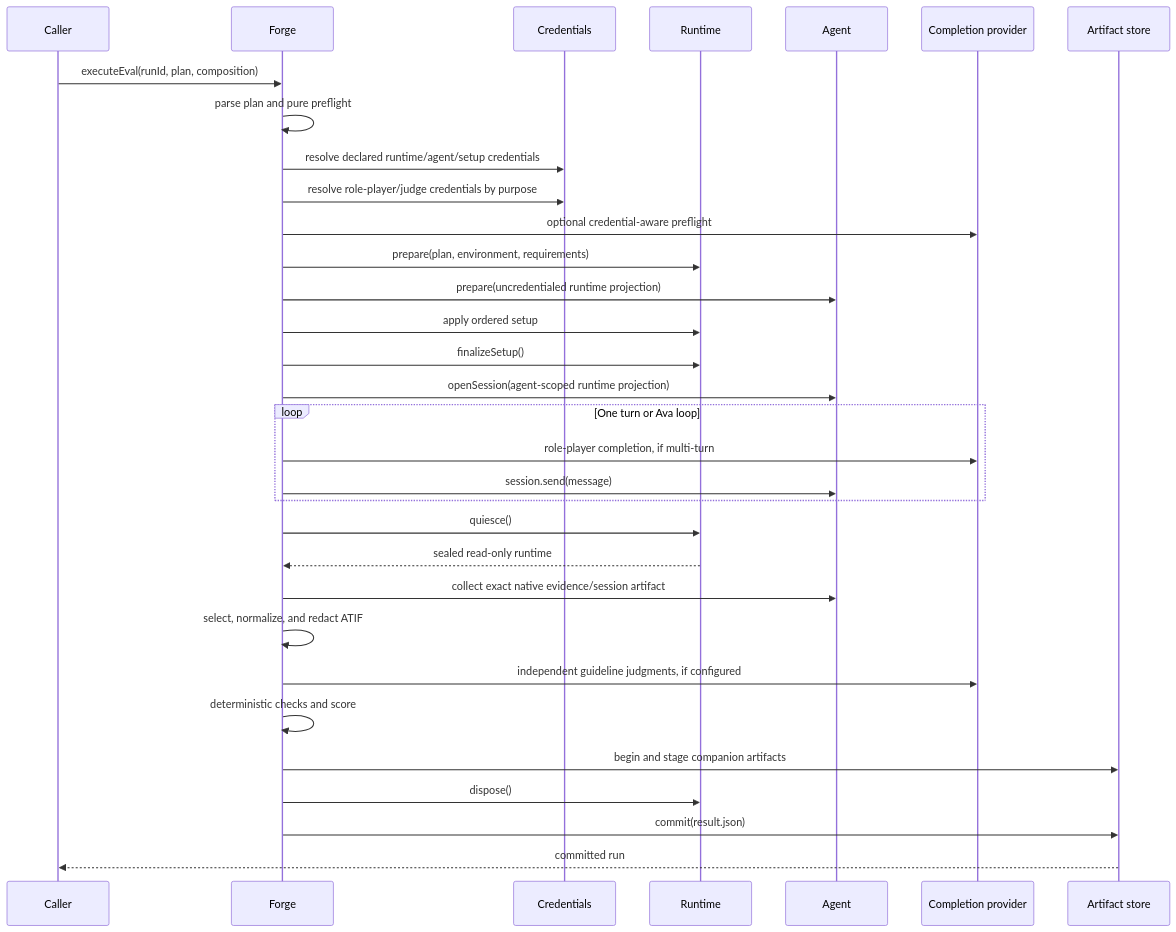
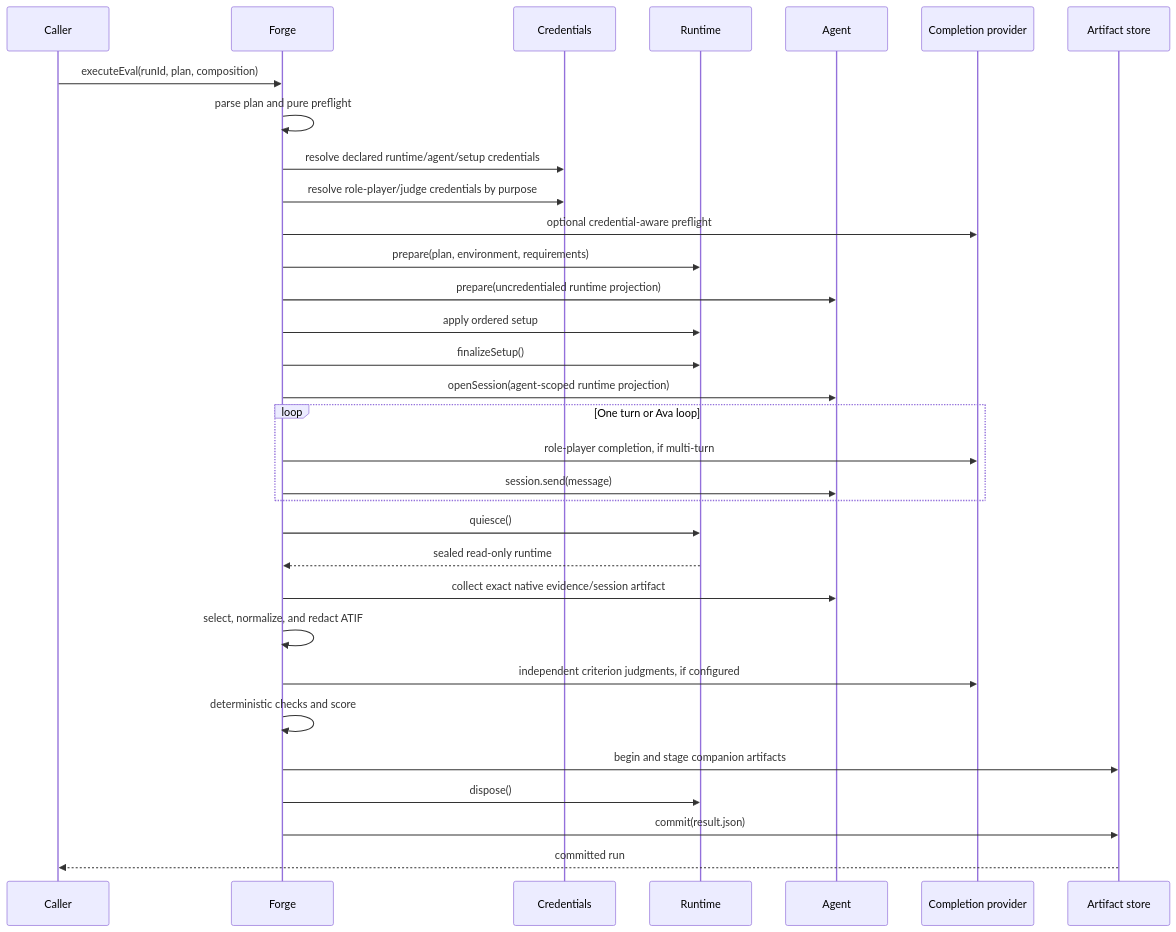
The second of 3 diagrams in docs/architecture.md (stripe/forge), drawn with Mermaid before and after one commit. The commit also changed other lines of this file and 53 other files, not shown here.

````diff
--- a/docs/architecture.md
+++ b/docs/architecture.md
@@ -346,35 +346,35 @@
 ```mermaid
 sequenceDiagram
     participant Caller
     participant Forge
     participant Credentials
     participant Runtime
     participant Agent
     participant Completion as Completion provider
     participant Store as Artifact store
 
     Caller->>Forge: executeEval(runId, plan, composition)
     Forge->>Forge: parse plan and pure preflight
     Forge->>Credentials: resolve declared runtime/agent/setup credentials
     Forge->>Credentials: resolve role-player/judge credentials by purpose
     Forge->>Completion: optional credential-aware preflight
     Forge->>Runtime: prepare(plan, environment, requirements)
     Forge->>Agent: prepare(uncredentialed runtime projection)
     Forge->>Runtime: apply ordered setup
     Forge->>Runtime: finalizeSetup()
     Forge->>Agent: openSession(agent-scoped runtime projection)
     loop One turn or Ava loop
         Forge->>Completion: role-player completion, if multi-turn
         Forge->>Agent: session.send(message)
     end
     Forge->>Runtime: quiesce()
     Runtime-->>Forge: sealed read-only runtime
     Forge->>Agent: collect exact native evidence/session artifact
     Forge->>Forge: select, normalize, and redact ATIF
-    Forge->>Completion: independent guideline judgments, if configured
+    Forge->>Completion: independent criterion judgments, if configured
     Forge->>Forge: deterministic checks and score
     Forge->>Store: begin and stage companion artifacts
     Forge->>Runtime: dispose()
     Forge->>Store: commit(result.json)
     Store-->>Caller: committed run
 ```
````
